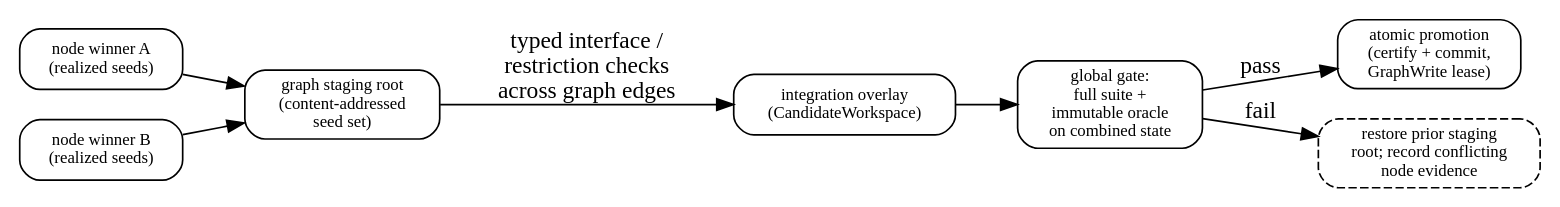
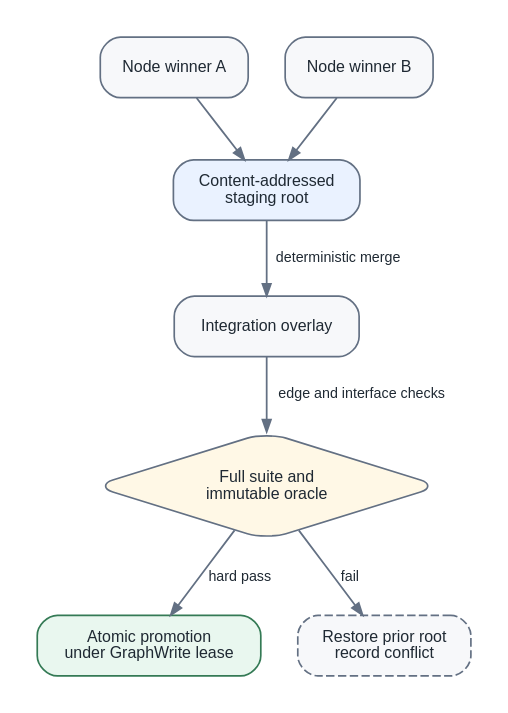
The third of 5 diagrams in docs/psps/source/psp-000010.rst (eonseed/perspt), drawn with Graphviz before and after one commit. The commit also changed other lines of this file and 3 other files, not shown here.

Commit message:
docs(psps): add search trajectory figure script, SVG diagram, conf.py, and update PSP-10

```diff
--- a/docs/psps/source/psp-000010.rst
+++ b/docs/psps/source/psp-000010.rst
@@ -810,18 +740,34 @@
 .. graphviz::
+   :caption: Node winners are staged. Only a hard-passing integration root is promoted.
+   :align: center
 
    digraph staging {
-       rankdir=LR;
-       node [shape=box, style=rounded, fontsize=10];
-       w1 [label="node winner A\n(realized seeds)"];
-       w2 [label="node winner B\n(realized seeds)"];
-       sr [label="graph staging root\n(content-addressed\nseed set)"];
-       io [label="integration overlay\n(CandidateWorkspace)"];
-       gg [label="global gate:\nfull suite +\nimmutable oracle\non combined state"];
-       up [label="atomic promotion\n(certify + commit,\nGraphWrite lease)"];
-       fail [label="restore prior staging\nroot; record conflicting\nnode evidence",
-             style="rounded,dashed"];
-       w1 -> sr; w2 -> sr;
-       sr -> io [label="typed interface /\nrestriction checks\nacross graph edges"];
-       io -> gg; gg -> up [label="pass"];
-       gg -> fail [label="fail"];
+       graph [rankdir=TB, bgcolor="#FFFFFF", pad="0.20",
+              nodesep="0.30", ranksep="0.48", fontname="Helvetica"];
+       node [shape=box, style="rounded,filled", fillcolor="#F7F8FA",
+             color="#637083", fontcolor="#1F2933", fontname="Helvetica", fontsize=9.5,
+             margin="0.13,0.08"];
+       edge [color="#637083", fontcolor="#1F2933", fontname="Helvetica", fontsize=8.5,
+             arrowsize=0.72, penwidth=1.05];
+
+       a [label="Node winner A"];
+       b [label="Node winner B"];
+       staging [label="Content-addressed\nstaging root", fillcolor="#EAF2FF"];
+       overlay [label="Integration overlay"];
+       gate [label="Full suite and\nimmutable oracle", shape=diamond,
+             fillcolor="#FFF8E6"];
+       promote [label="Atomic promotion\nunder GraphWrite lease",
+                fillcolor="#E9F7EF", color="#347A55"];
+       restore [label="Restore prior root\nrecord conflict",
+                style="rounded,dashed,filled", fillcolor="#F7F8FA"];
+
+       {rank=same; a; b;}
+       {rank=same; promote; restore;}
+
+       a -> staging;
+       b -> staging;
+       staging -> overlay [label="deterministic merge"];
+       overlay -> gate [label="edge and interface checks"];
+       gate -> promote [label="hard pass"];
+       gate -> restore [label="fail"];
    }
```
